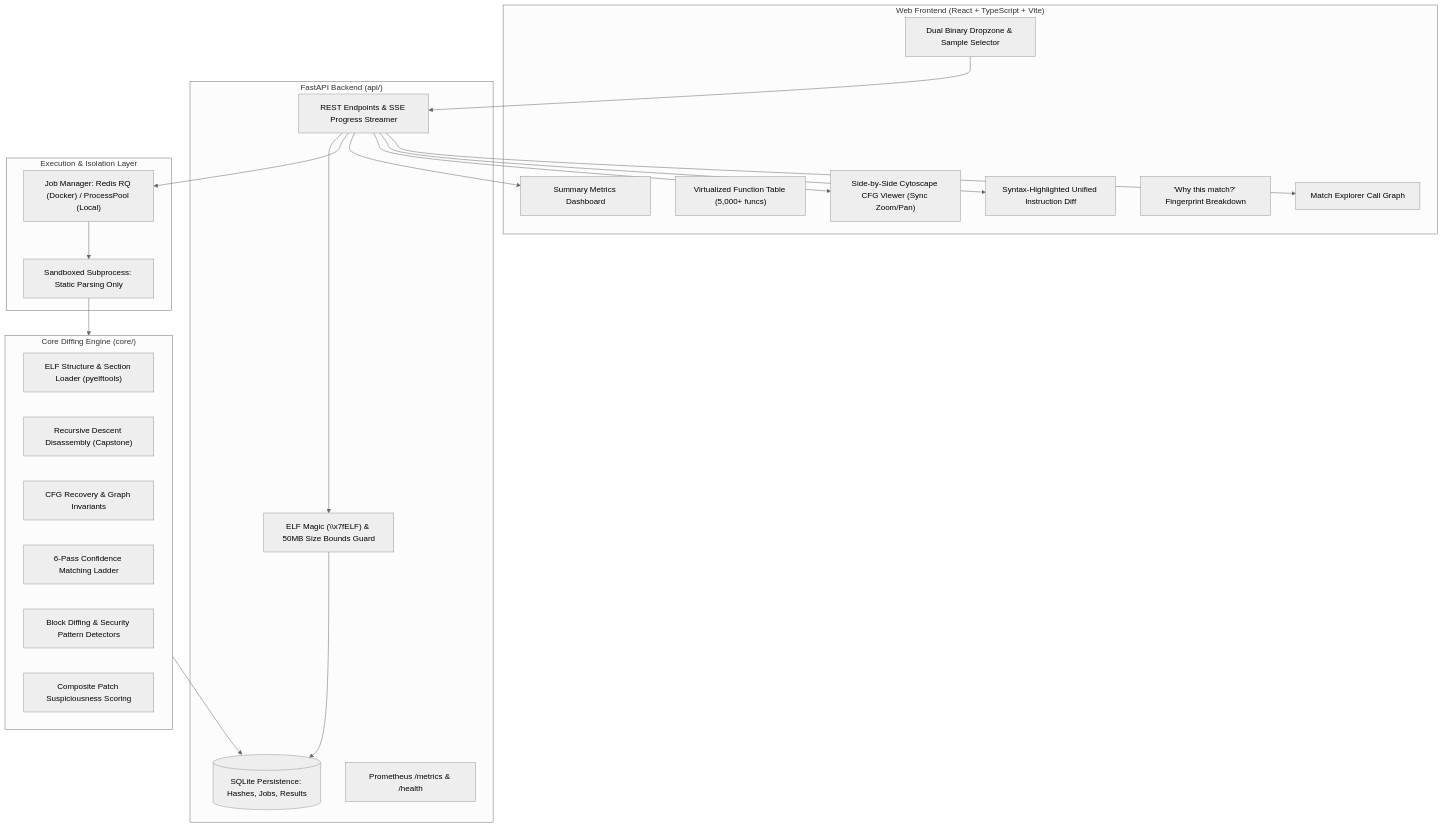
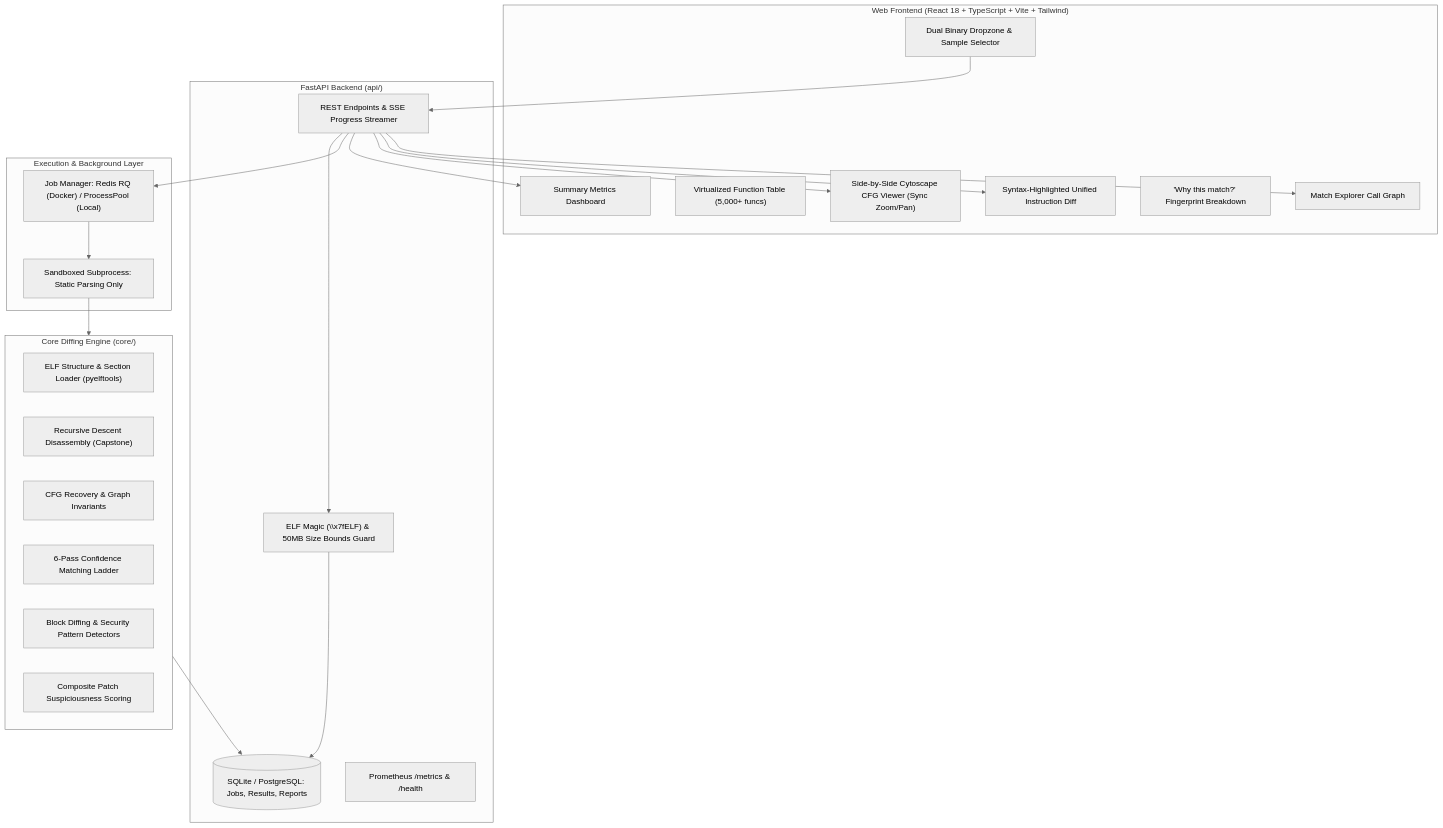
The diagram in README.md (Sumanshu01/PatchLens), drawn with Mermaid (neutral theme) before and after one commit. The commit also changed other lines of this file and 1 other file, not shown here.

````diff
--- a/README.md
+++ b/README.md
@@ -52,43 +97,43 @@
 ```mermaid
 flowchart TD
-    subgraph UI["Web Frontend (React + TypeScript + Vite)"]
+    subgraph UI["Web Frontend (React 18 + TypeScript + Vite + Tailwind)"]
         Landing["Dual Binary Dropzone & Sample Selector"]
         Dash["Summary Metrics Dashboard"]
         VirtTable["Virtualized Function Table (5,000+ funcs)"]
         CFGView["Side-by-Side Cytoscape CFG Viewer (Sync Zoom/Pan)"]
         DiffView["Syntax-Highlighted Unified Instruction Diff"]
         ProofView["'Why this match?' Fingerprint Breakdown"]
         Explorer["Match Explorer Call Graph"]
     end
 
     subgraph API["FastAPI Backend (api/)"]
         Router["REST Endpoints & SSE Progress Streamer"]
         Validator["ELF Magic (\\x7fELF) & 50MB Size Bounds Guard"]
-        DB[(SQLite Persistence: Hashes, Jobs, Results)]
+        DB[(SQLite / PostgreSQL: Jobs, Results, Reports)]
         Metrics["Prometheus /metrics & /health"]
     end
 
-    subgraph Worker["Execution & Isolation Layer"]
+    subgraph Worker["Execution & Background Layer"]
         Queue["Job Manager: Redis RQ (Docker) / ProcessPool (Local)"]
         Sandbox["Sandboxed Subprocess: Static Parsing Only"]
     end
 
     subgraph Core["Core Diffing Engine (core/)"]
         Loader["ELF Structure & Section Loader (pyelftools)"]
         Disasm["Recursive Descent Disassembly (Capstone)"]
         CFG["CFG Recovery & Graph Invariants"]
         Matcher["6-Pass Confidence Matching Ladder"]
         Differ["Block Diffing & Security Pattern Detectors"]
         Ranker["Composite Patch Suspiciousness Scoring"]
     end
 
     Landing --> Router
     Router --> Validator --> DB
     Router --> Queue --> Sandbox
     Sandbox --> Core
     Core --> DB
     Router --> Dash
     Router --> CFGView
     Router --> DiffView
     Router --> Explorer
 ```
````
